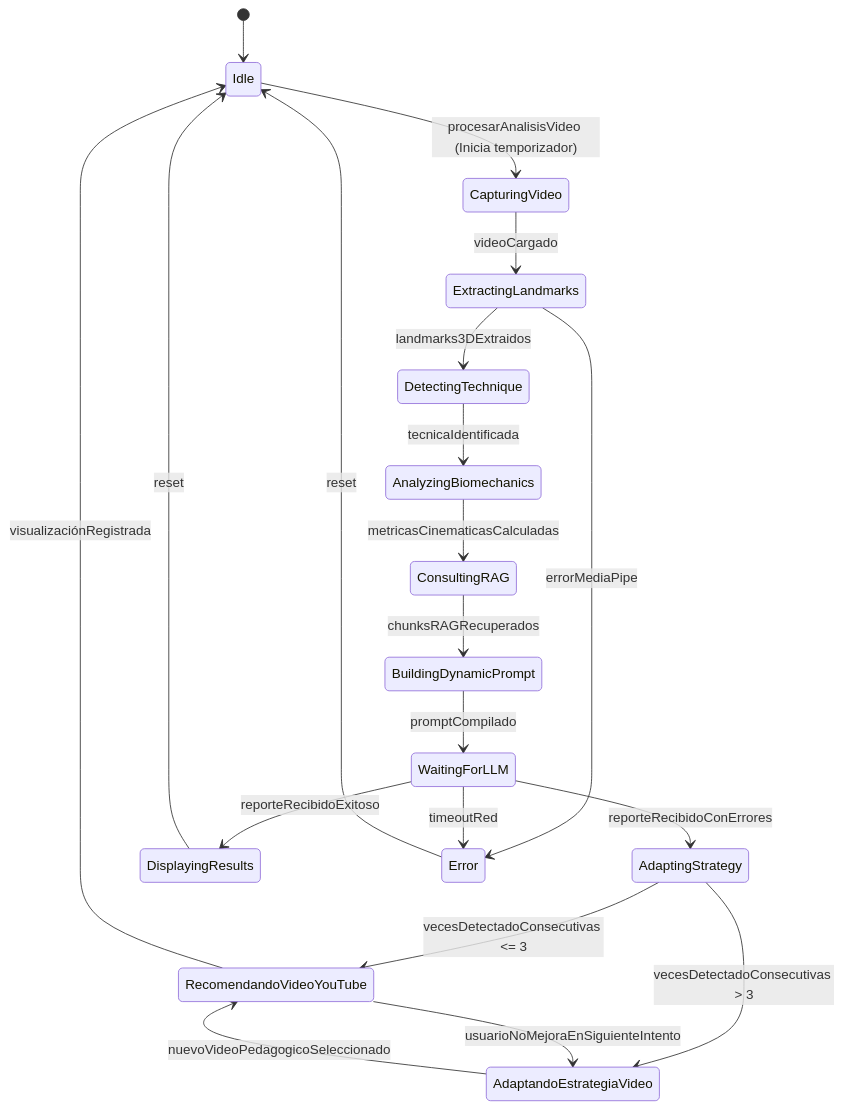
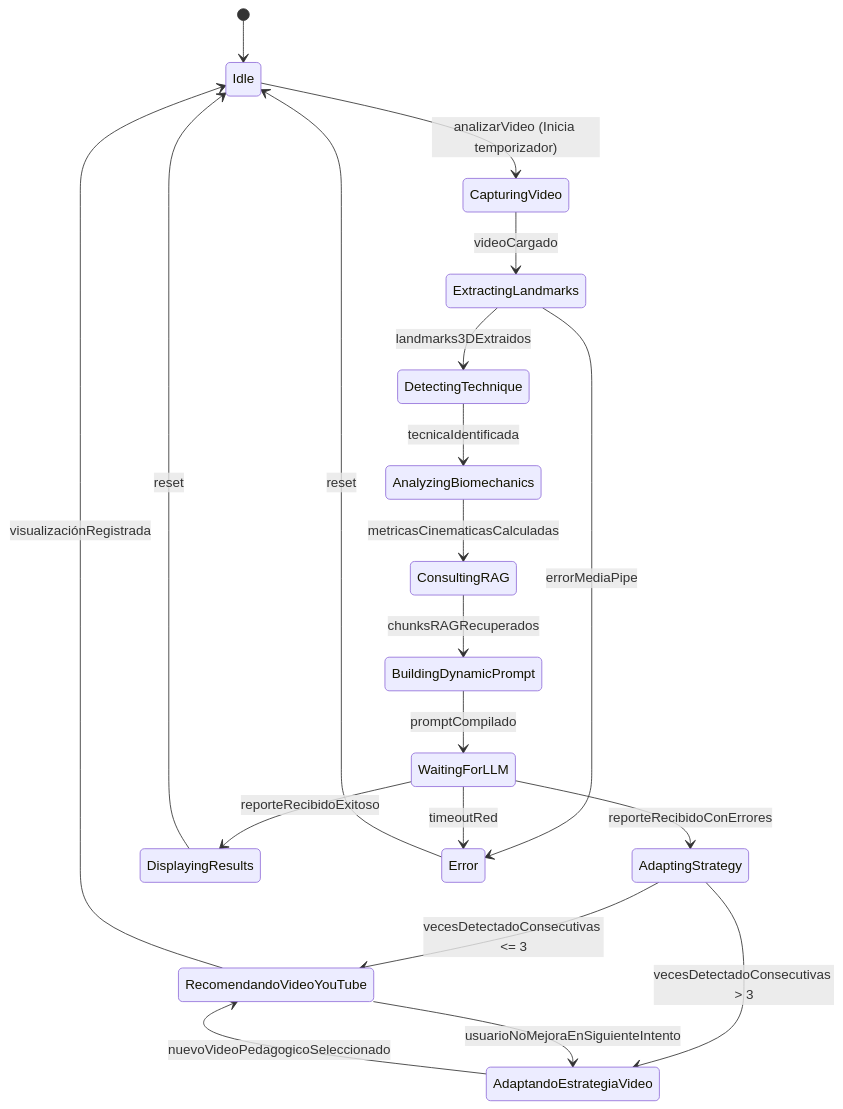
The ninth of 11 diagrams in README.md (Tsmrain/Documentacion), drawn with Mermaid before and after one commit. The commit also changed other lines of this file, not shown here.

Commit message:
docs: update project structure, rename analysis entities to training sessions, and define new technical documentation schemas

````diff
--- a/README.md
+++ b/README.md
@@ -1249,27 +1257,27 @@
 ```mermaid
 stateDiagram-v2
     [*] --> Idle
-    Idle --> CapturingVideo : procesarAnalisisVideo (Inicia temporizador)
+    Idle --> CapturingVideo : analizarVideo (Inicia temporizador)
     CapturingVideo --> ExtractingLandmarks : videoCargado
     ExtractingLandmarks --> DetectingTechnique : landmarks3DExtraidos
     DetectingTechnique --> AnalyzingBiomechanics : tecnicaIdentificada
     AnalyzingBiomechanics --> ConsultingRAG : metricasCinematicasCalculadas
     ConsultingRAG --> BuildingDynamicPrompt : chunksRAGRecuperados
     BuildingDynamicPrompt --> WaitingForLLM : promptCompilado
     WaitingForLLM --> AdaptingStrategy : reporteRecibidoConErrores
     WaitingForLLM --> DisplayingResults : reporteRecibidoExitoso
     
     AdaptingStrategy --> RecomendandoVideoYouTube : vecesDetectadoConsecutivas <= 3
     AdaptingStrategy --> AdaptandoEstrategiaVideo : vecesDetectadoConsecutivas > 3
     
     RecomendandoVideoYouTube --> Idle : visualizaciónRegistrada
     RecomendandoVideoYouTube --> AdaptandoEstrategiaVideo : usuarioNoMejoraEnSiguienteIntento
     
     AdaptandoEstrategiaVideo --> RecomendandoVideoYouTube : nuevoVideoPedagogicoSeleccionado
     
     DisplayingResults --> Idle : reset
     
     ExtractingLandmarks --> Error : errorMediaPipe
     WaitingForLLM --> Error : timeoutRed
     Error --> Idle : reset
 ```
````
